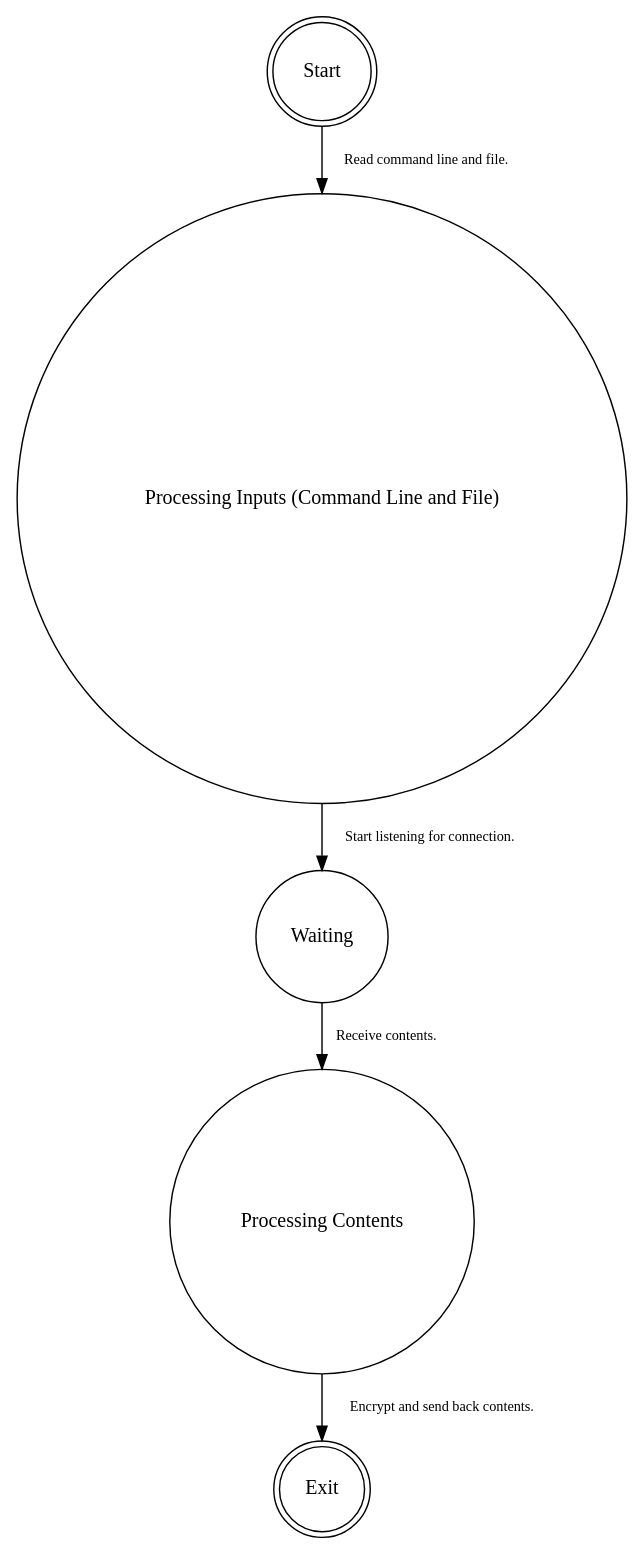
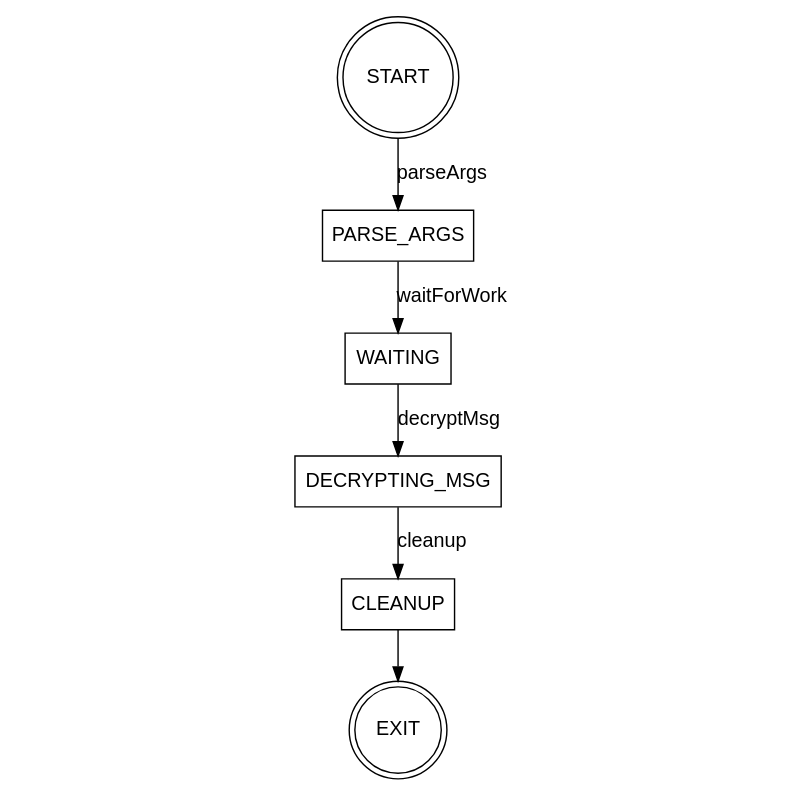
Before and after one commit to VeryVerySpicy/7005-NetworkSocketsHI: the diagram in report/stateserver.gv, drawn with Graphviz. The commit also changed 18 other files, not shown here.

```diff
--- a/report/stateserver.gv
+++ b/report/stateserver.gv
@@ -1,13 +1,15 @@
-digraph {
-    	node [shape=circle];
-edge [fontsize=10];
-A [label="Start", shape=doublecircle];
-B [label="Processing Inputs (Command Line and File)", shape=circle];
-C [label="Waiting", shape=circle];
-D [label="Processing Contents", shape=circle];
-E [label="Exit", shape=doublecircle];
-A -> B [label="Read command line and file."];
-B -> C [label="Start listening for connection."];
-C -> D [label="Receive contents."];
-D -> E [label="Encrypt and send back contents."];
+digraph finite_state_machine {
+    fontname="Helvetica,Arial,sans-serif"
+    node [fontname="Helvetica,Arial,sans-serif"]
+    edge [fontname="Helvetica,Arial,sans-serif"]
+    rankdir=TB;
+    size="7.5,7.5";
+    ratio="fill";
+    node [shape = doublecircle]; START, EXIT;
+    node [shape = box];
+START -> PARSE_ARGS [label = "parseArgs"];
+PARSE_ARGS -> WAITING [label = "waitForWork"];
+WAITING -> DECRYPTING_MSG [label = "decryptMsg"];
+DECRYPTING_MSG -> CLEANUP [label = "cleanup"];
+CLEANUP -> EXIT;
 }
```
